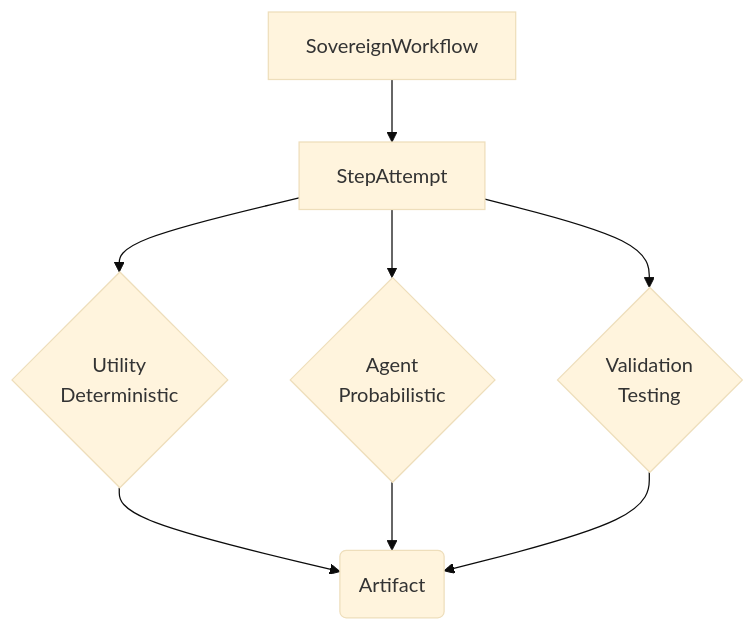
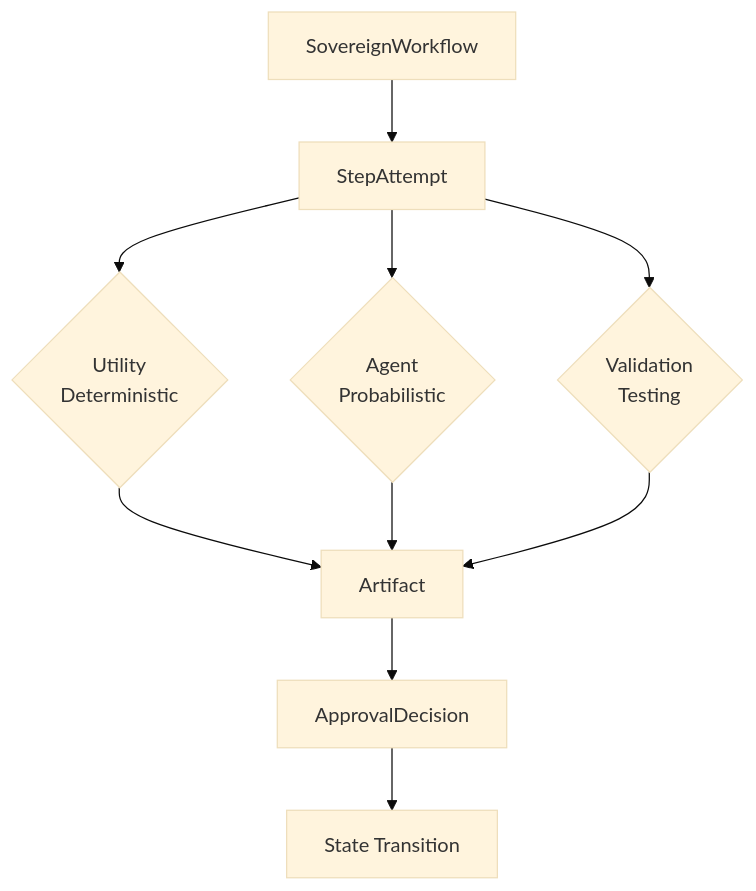
The diagram in docs/presentation/architecture.md (RampantBias/SovereignAI), drawn with Mermaid (base theme) before and after one commit. The commit also changed 15 other files, not shown here.

````diff
--- a/docs/presentation/architecture.md
+++ b/docs/presentation/architecture.md
@@ -2,11 +2,12 @@
 ```mermaid
 flowchart TD
     A[SovereignWorkflow] --> B[StepAttempt]
     B --> C{Utility \nDeterministic}
     B --> D{Agent \nProbabilistic}
     B --> E{Validation \nTesting}
-    C --> F(Artifact)
+    C --> F[Artifact]
     D --> F
     E --> F
-    
+    F --> G[ApprovalDecision]
+    G --> H[State Transition]
 ```
````
